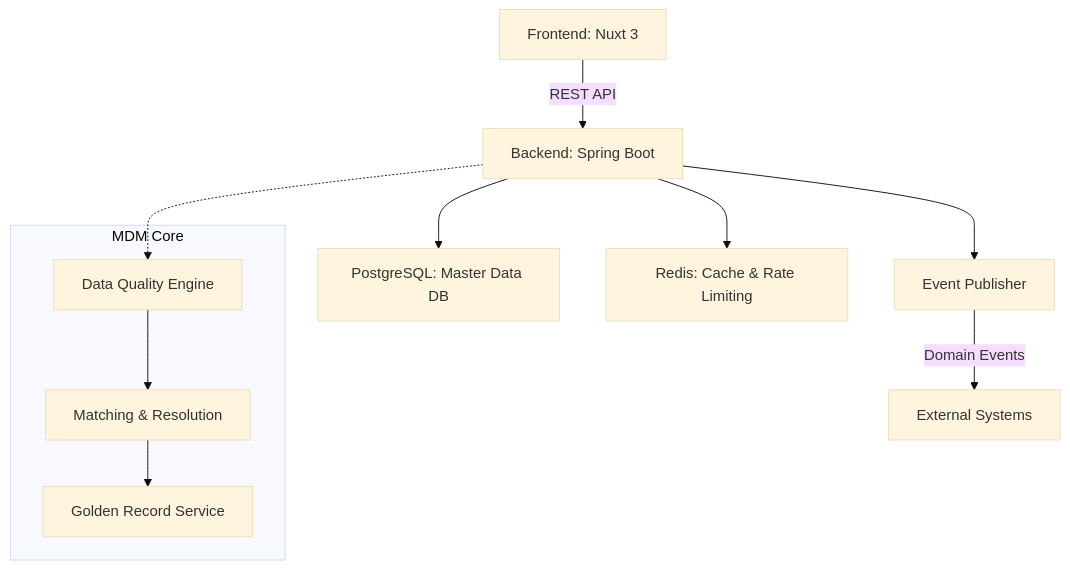
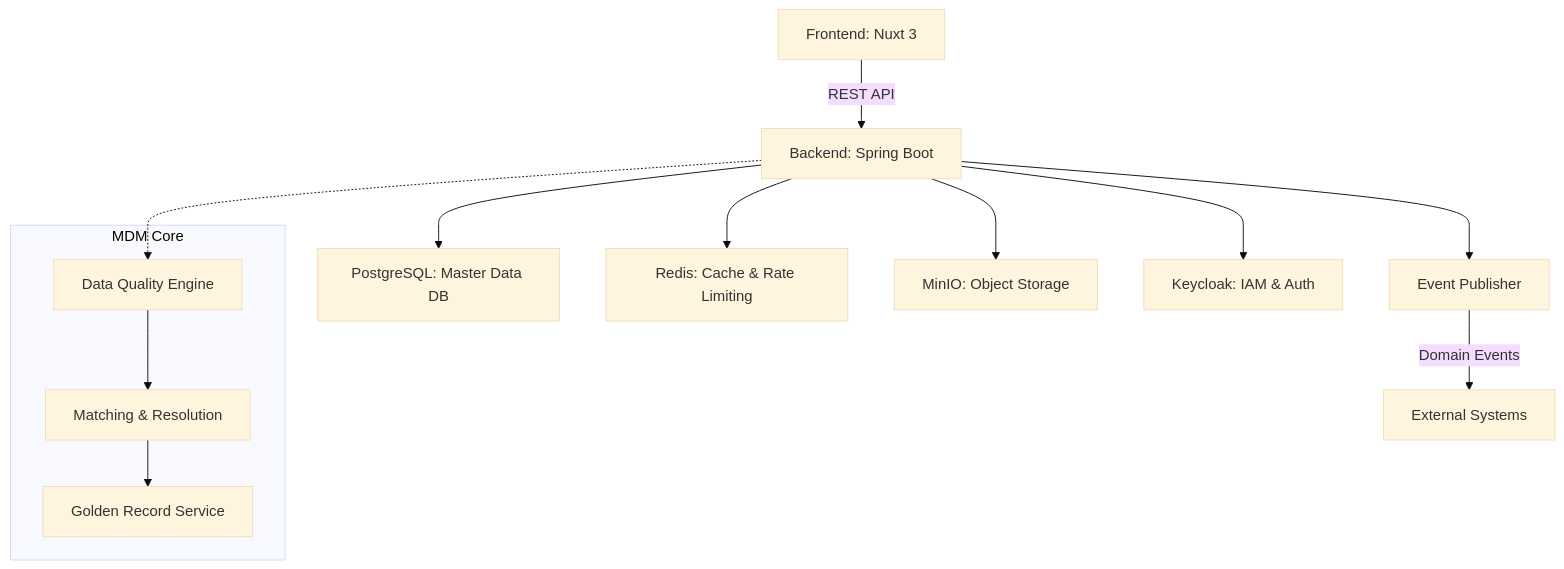
One commit to profavor-ai/mplatform changed the diagram in README.md. Above: the diagram before and after it, drawn with Mermaid (base theme). The commit also changed other lines of this file, not shown here.

````diff
--- a/README.md
+++ b/README.md
@@ -15,16 +12,18 @@
 ```mermaid
 graph TD
     A[Frontend: Nuxt 3] -->|REST API| B[Backend: Spring Boot]
     B --> C[PostgreSQL: Master Data DB]
     B --> D[Redis: Cache & Rate Limiting]
+    B --> M[MinIO: Object Storage]
+    B --> K[Keycloak: IAM & Auth]
     B --> E[Event Publisher]
     E -->|Domain Events| F[External Systems]
     
     subgraph MDM Core
         B1[Data Quality Engine]
         B2[Matching & Resolution]
         B3[Golden Record Service]
         B1 --> B2 --> B3
     end
     B -.-> B1
 ```
````
